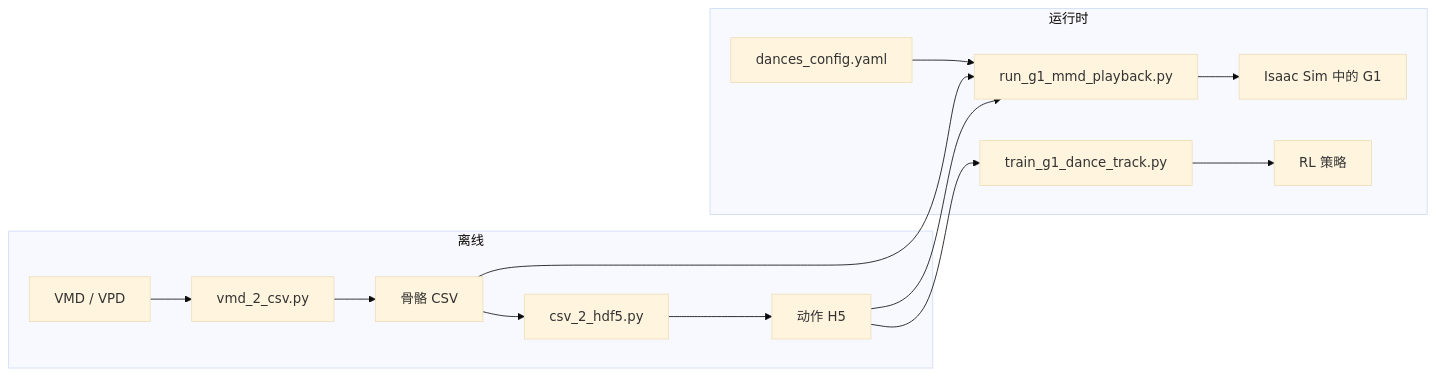
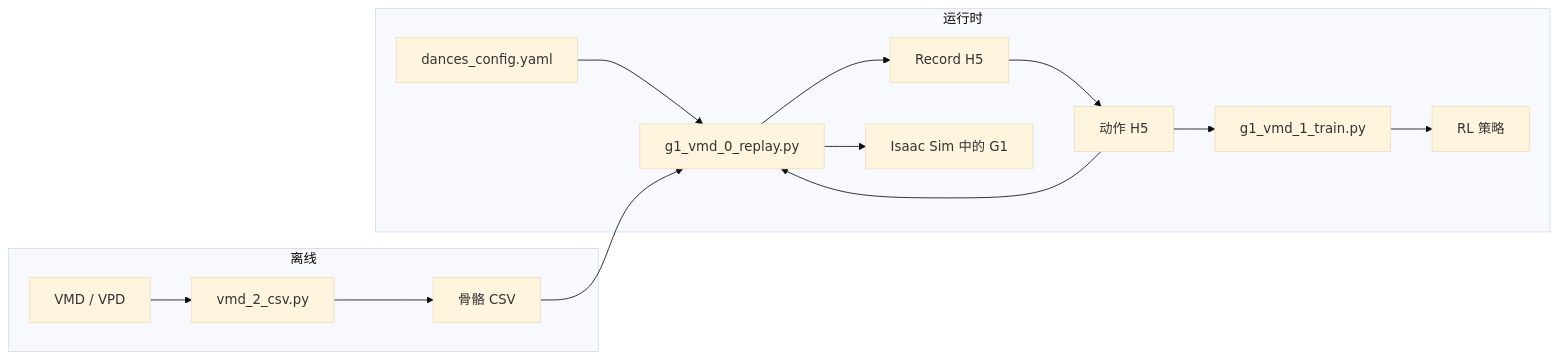
The diagram in README.md (Jasy6307/Isaac-Robot-MMD), drawn with Mermaid (base theme) before and after one commit. The commit also changed other lines of this file and 51 other files, not shown here.

First line of the commit message:
Update playback scripts and documentation for G1 dance tracking

````diff
--- a/README.md
+++ b/README.md
@@ -65,17 +65,17 @@
 ```mermaid
 flowchart LR
   subgraph offline [离线]
     VMD[VMD / VPD] --> vmd2csv[vmd_2_csv.py]
     vmd2csv --> CSV[骨骼 CSV]
-    CSV --> h5[csv_2_hdf5.py]
-    h5 --> H5[动作 H5]
   end
   subgraph runtime [运行时]
-    YAML[dances_config.yaml] --> playback[run_g1_mmd_playback.py]
+    YAML[dances_config.yaml] --> playback[g1_vmd_0_replay.py]
     CSV --> playback
+    playback --> record[Record H5]
+    record --> H5[动作 H5]
     H5 --> playback
     playback --> sim[Isaac Sim 中的 G1]
-    H5 --> train[train_g1_dance_track.py]
+    H5 --> train[g1_vmd_1_train.py]
     train --> policy[RL 策略]
   end
 ```
````
